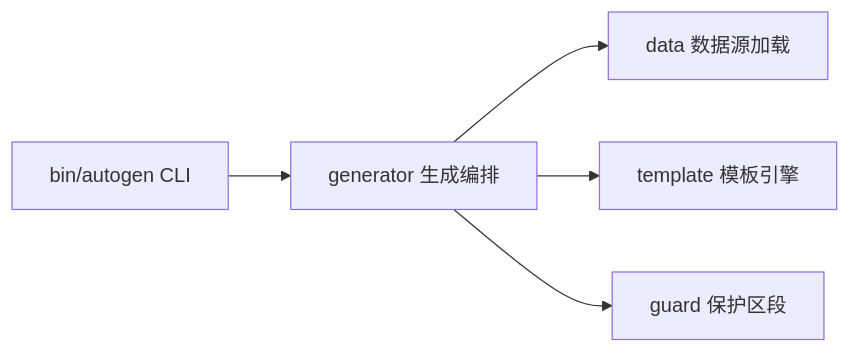
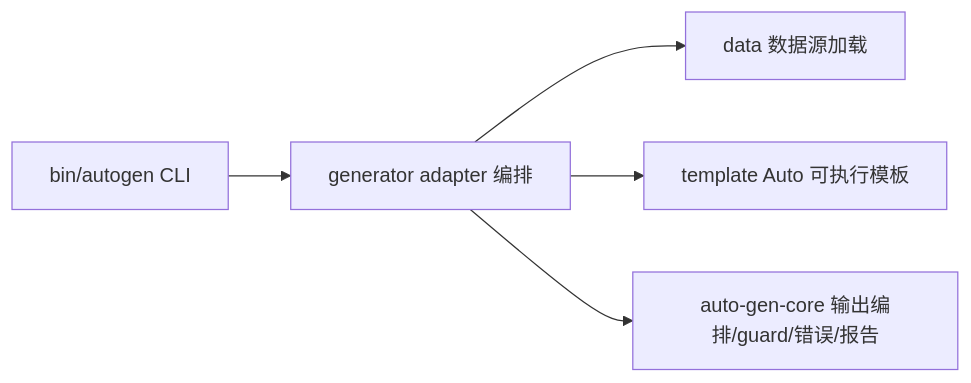
Before and after one commit to auto-stack/auto-lang: the diagram in docs/specs/auto-gen/project.md, drawn with Mermaid. The commit also changed other lines of this file and 1 other file, not shown here.

First line of the commit message:
docs(specs): PLAN-791 SD-01/SD-02 prepared - auto-gen-core project card + auto-gen adapter card rewrite (Plan 791 T-06)

````diff
--- a/docs/specs/auto-gen/project.md
+++ b/docs/specs/auto-gen/project.md
@@ -17,12 +18,11 @@
 ```mermaid
 graph LR
-  bin[bin/autogen CLI] --> gen[generator 生成编排]
+  bin[bin/autogen CLI] --> gen[generator adapter 编排]
   gen --> data[data 数据源加载]
-  gen --> tpl[template 模板引擎]
-  gen --> guard[guard 保护区段]
+  gen --> tpl[template Auto 可执行模板]
+  gen --> core[auto-gen-core 输出编排/guard/错误/报告]
   click bin "./bin/" "bin"
   click gen "./generator/" "generator"
   click data "./data/" "data"
   click tpl "./template/" "template"
-  click guard "./guard/" "guard"
 ```
````
